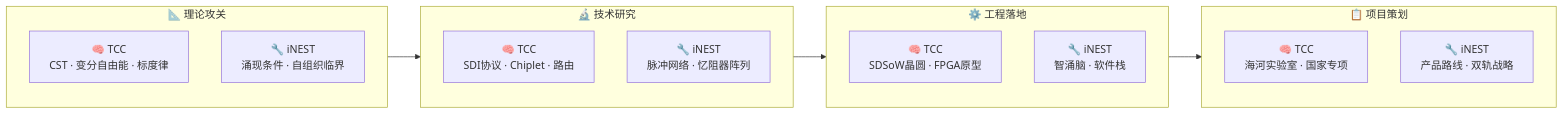
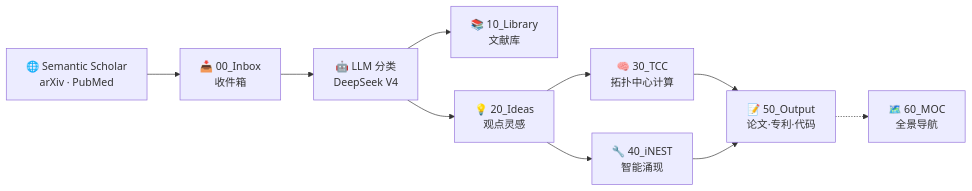
The diagram in Home.md (LEOLEOLEO-AI/i-nest), drawn with Mermaid before and after one commit. The commit also changed other lines of this file and 3757 other files, not shown here.

````diff
--- a/Home.md
+++ b/Home.md
@@ -32,20 +13,12 @@
 ```mermaid
 graph LR
-    subgraph S1["📐 理论攻关"]
-        T1["🧠 TCC<br/>CST · 变分自由能 · 标度律"]
-        I1["🔧 iNEST<br/>涌现条件 · 自组织临界"]
-    end
-    subgraph S2["🔬 技术研究"]
-        T2["🧠 TCC<br/>SDI协议 · Chiplet · 路由"]
-        I2["🔧 iNEST<br/>脉冲网络 · 忆阻器阵列"]
-    end
-    subgraph S3["⚙️ 工程落地"]
-        T3["🧠 TCC<br/>SDSoW晶圆 · FPGA原型"]
-        I3["🔧 iNEST<br/>智涌脑 · 软件栈"]
-    end
-    subgraph S4["📋 项目策划"]
-        T4["🧠 TCC<br/>海河实验室 · 国家专项"]
-        I4["🔧 iNEST<br/>产品路线 · 双轨战略"]
-    end
-    S1 --> S2 --> S3 --> S4
+    A["🌐 Semantic Scholar<br/>arXiv · PubMed"] --> B["📥 00_Inbox<br/>收件箱"]
+    B --> C["🤖 LLM 分类<br/>DeepSeek V4"]
+    C --> D["📚 10_Library<br/>文献库"]
+    C --> E["💡 20_Ideas<br/>观点灵感"]
+    E --> F["🧠 30_TCC<br/>拓扑中心计算"]
+    E --> G["🔧 40_iNEST<br/>智能涌现"]
+    F --> H["📝 50_Output<br/>论文·专利·代码"]
+    G --> H
+    H -.-> I["🗺️ 60_MOC<br/>全景导航"]
 ```
````
